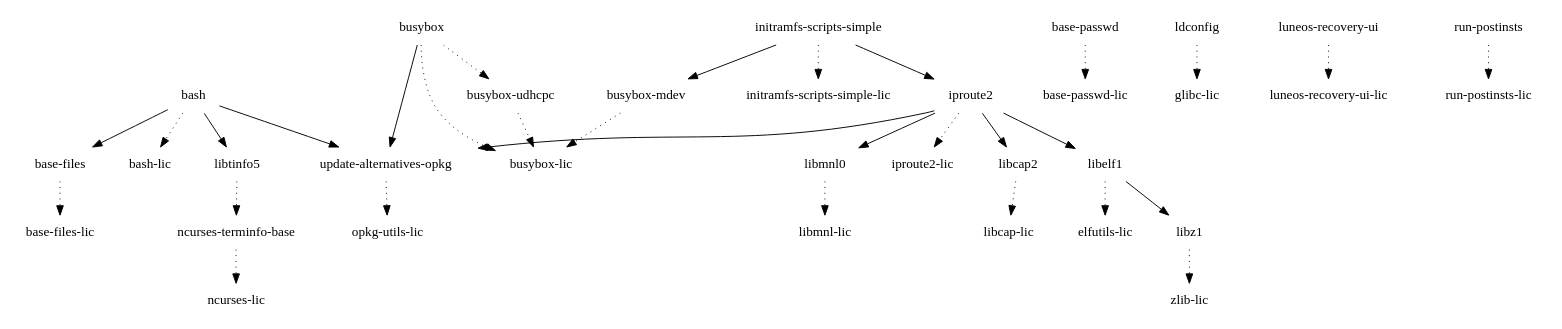
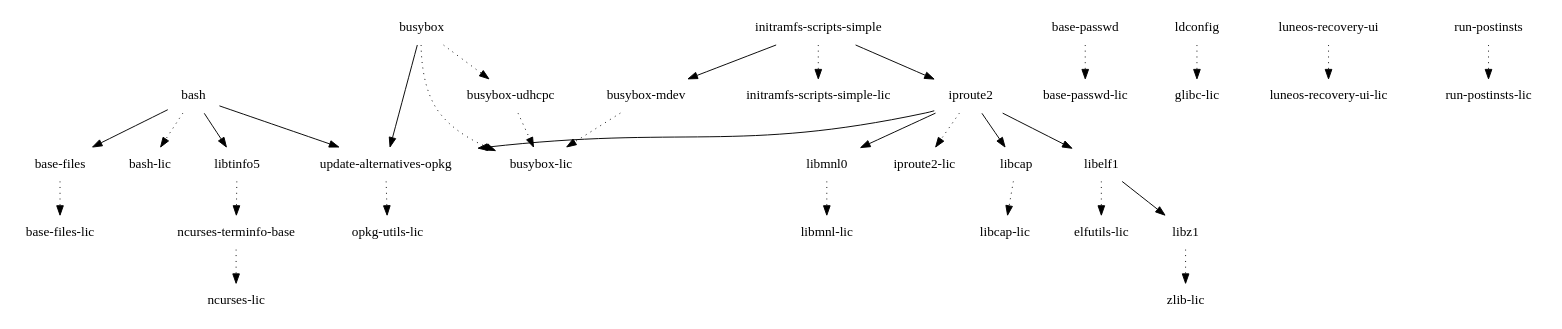
The diagram in images/pinephone/glibc/initramfs-uboot-image/depends-nokernel-nolibc.dot (webOS-ports/buildhistory), drawn with Graphviz before and after one commit. The commit also changed 1181 other files, not shown here.

```diff
--- a/images/pinephone/glibc/initramfs-uboot-image/depends-nokernel-nolibc.dot
+++ b/images/pinephone/glibc/initramfs-uboot-image/depends-nokernel-nolibc.dot
@@ -1,33 +1,33 @@
 digraph depends {
     node [shape=plaintext]
 "base-files" -> "base-files-lic" [style=dotted]
 "base-passwd" -> "base-passwd-lic" [style=dotted]
 "bash" -> "base-files"
 "bash" -> "bash-lic" [style=dotted]
 "bash" -> "libtinfo5"
 "bash" -> "update-alternatives-opkg"
 "busybox" -> "busybox-lic" [style=dotted]
 "busybox" -> "busybox-udhcpc" [style=dotted]
 "busybox-mdev" -> "busybox-lic" [style=dotted]
 "busybox-udhcpc" -> "busybox-lic" [style=dotted]
 "busybox" -> "update-alternatives-opkg"
 "initramfs-scripts-simple" -> "busybox-mdev"
 "initramfs-scripts-simple" -> "initramfs-scripts-simple-lic" [style=dotted]
 "initramfs-scripts-simple" -> "iproute2"
 "iproute2" -> "iproute2-lic" [style=dotted]
-"iproute2" -> "libcap2"
+"iproute2" -> "libcap"
 "iproute2" -> "libelf1"
 "iproute2" -> "libmnl0"
 "iproute2" -> "update-alternatives-opkg"
 "ldconfig" -> "glibc-lic" [style=dotted]
-"libcap2" -> "libcap-lic" [style=dotted]
+"libcap" -> "libcap-lic" [style=dotted]
 "libelf1" -> "elfutils-lic" [style=dotted]
 "libelf1" -> "libz1"
 "libmnl0" -> "libmnl-lic" [style=dotted]
 "libtinfo5" -> "ncurses-terminfo-base" [style=dotted]
 "libz1" -> "zlib-lic" [style=dotted]
 "luneos-recovery-ui" -> "luneos-recovery-ui-lic" [style=dotted]
 "ncurses-terminfo-base" -> "ncurses-lic" [style=dotted]
 "run-postinsts" -> "run-postinsts-lic" [style=dotted]
 "update-alternatives-opkg" -> "opkg-utils-lic" [style=dotted]
 }
```
